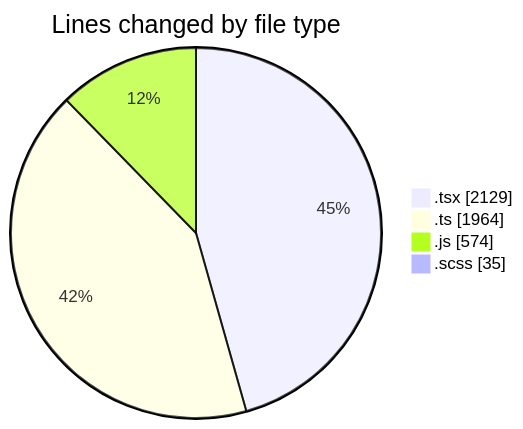
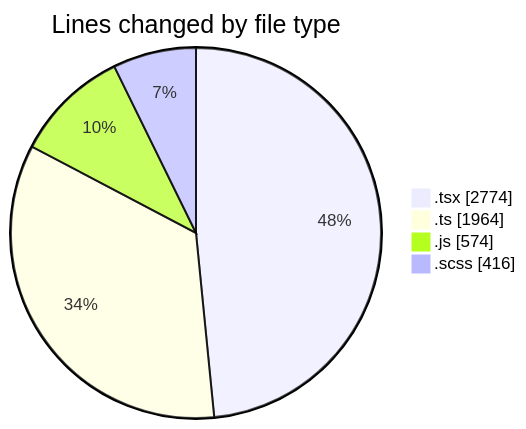
Before and after one commit to momahboobian/code-tracking: the first of 2 diagrams in 2026-06-10/cda/README.md, drawn with Mermaid. The commit also changed other lines of this file and 1 other file, not shown here.

````diff
--- a/2026-06-10/cda/README.md
+++ b/2026-06-10/cda/README.md
@@ -51,8 +53,8 @@
 ```mermaid
 pie showData
 title Lines changed by file type
-".tsx" : 2129
+".tsx" : 2774
 ".ts" : 1964
 ".js" : 574
-".scss" : 35
+".scss" : 416
 ```
````
